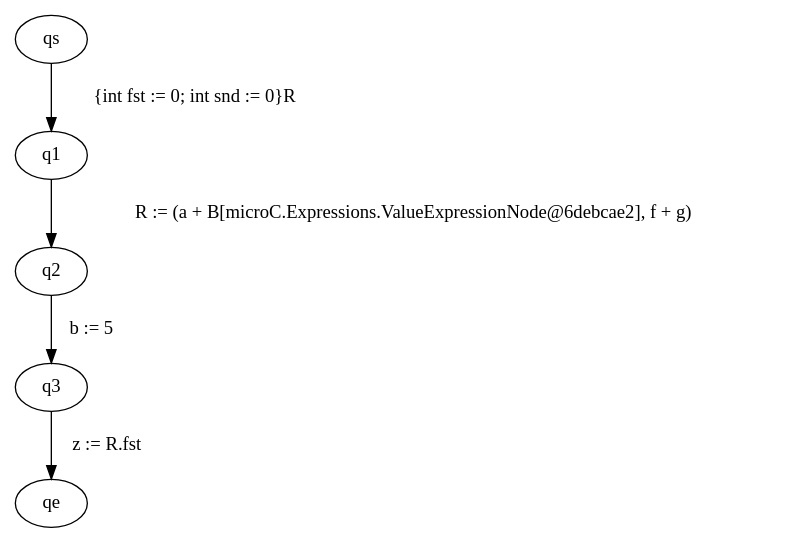
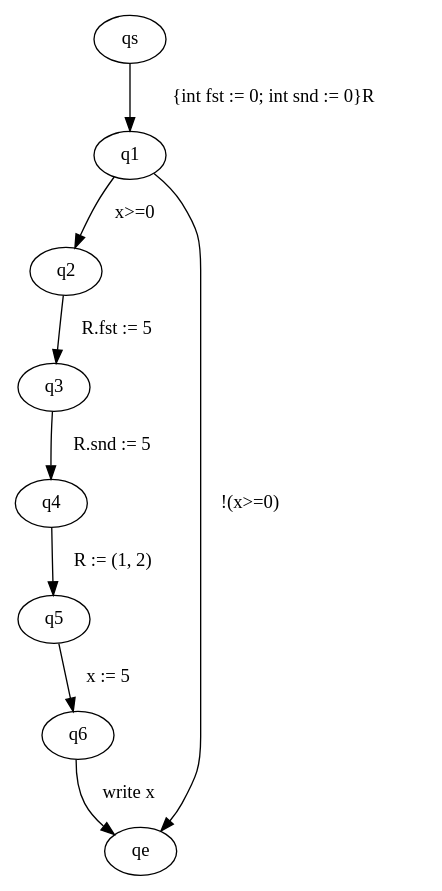
Before and after one commit to FloKes/ProgramAnalysis: the diagram in src/main/java/graphviz/input.dot, drawn with Graphviz. The commit also changed 2 other files, not shown here.

```diff
--- a/src/main/java/graphviz/input.dot
+++ b/src/main/java/graphviz/input.dot
@@ -1,6 +1,10 @@
 digraph ProgramGraph{
 "qs" -> "q1" [label="  {int fst := 0; int snd := 0}R   "] 
-"q1" -> "q2" [label="  R := (a + B[microC.Expressions.ValueExpressionNode@6debcae2], f + g)   "] 
-"q2" -> "q3" [label="  b := 5   "] 
-"q3" -> "qe" [label="  z := R.fst   "] 
+"q1" -> "q2" [label="  x>=0   "] 
+"q1" -> "qe" [label="  !(x>=0)   "] 
+"q2" -> "q3" [label="  R.fst := 5   "] 
+"q3" -> "q4" [label="  R.snd := 5   "] 
+"q4" -> "q5" [label="  R := (1, 2)   "] 
+"q5" -> "q6" [label="  x := 5   "] 
+"q6" -> "qe" [label="  write x   "] 
 }
```
